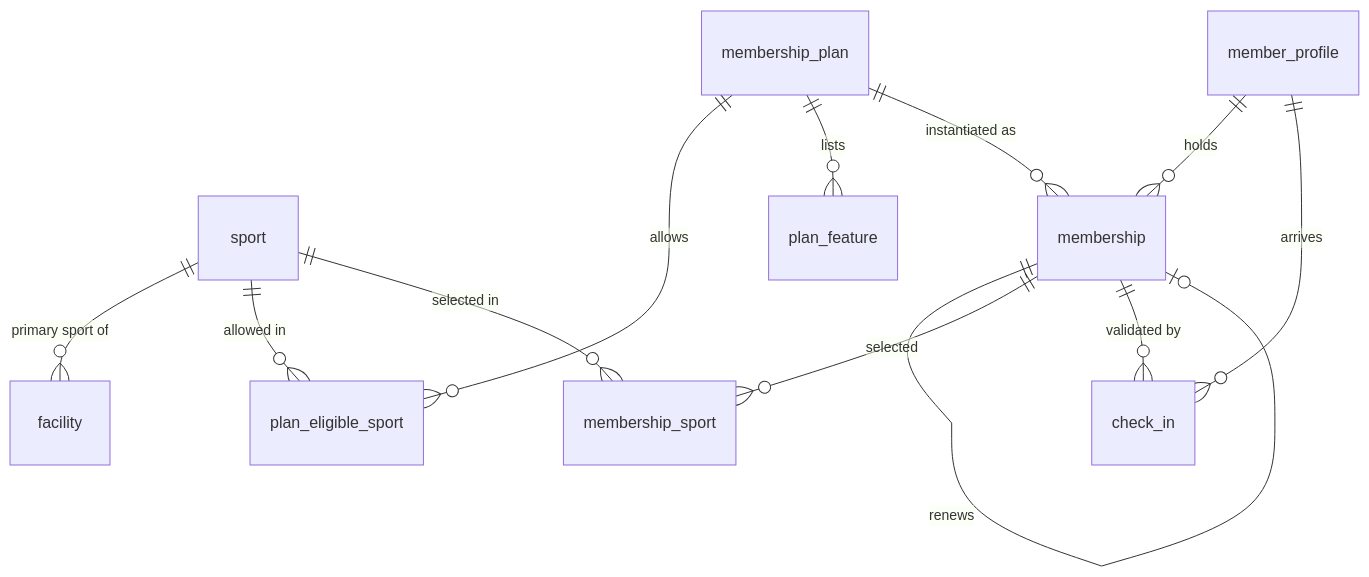
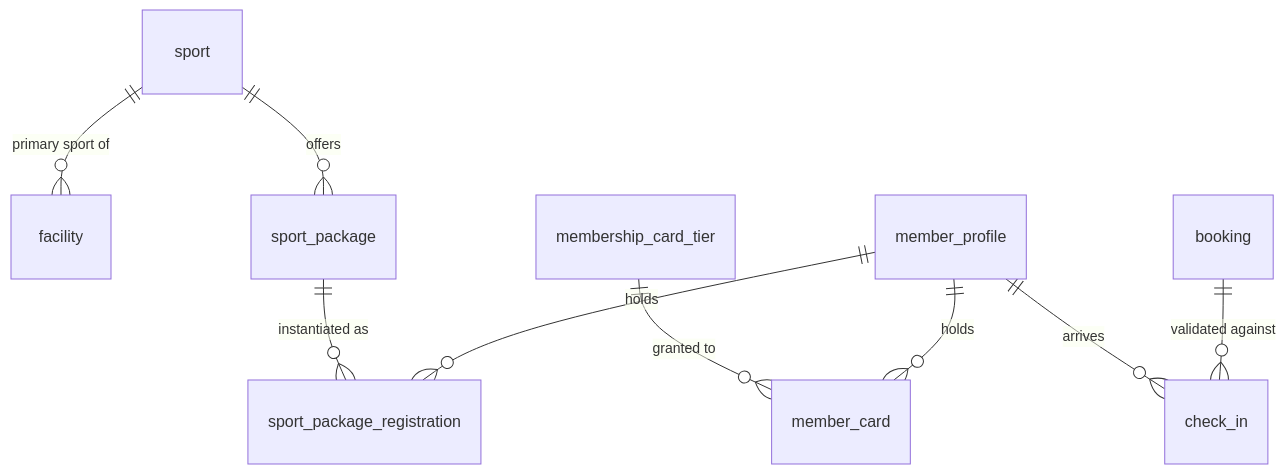
Before and after one commit to senko-do-thingz/G3-SportCentreManagement: the diagram in docs/database/02-catalog-and-membership.md, drawn with Mermaid. The commit also changed other lines of this file and 8 other files, not shown here.

````diff
--- a/docs/database/02-catalog-and-membership.md
+++ b/docs/database/02-catalog-and-membership.md
@@ -8,14 +10,11 @@
 ```mermaid
 erDiagram
     sport ||--o{ facility : "primary sport of"
-    membership_plan ||--o{ plan_eligible_sport : "allows"
-    sport ||--o{ plan_eligible_sport : "allowed in"
-    membership_plan ||--o{ plan_feature : "lists"
-    membership_plan ||--o{ membership : "instantiated as"
-    member_profile ||--o{ membership : "holds"
-    membership ||--o| membership : "renews"
-    membership ||--o{ membership_sport : "selected"
-    sport ||--o{ membership_sport : "selected in"
+    sport ||--o{ sport_package : "offers"
+    membership_card_tier ||--o{ member_card : "granted to"
+    member_profile ||--o{ member_card : "holds"
+    sport_package ||--o{ sport_package_registration : "instantiated as"
+    member_profile ||--o{ sport_package_registration : "holds"
     member_profile ||--o{ check_in : "arrives"
-    membership ||--o{ check_in : "validated by"
+    booking ||--o{ check_in : "validated against"
 ```
````
